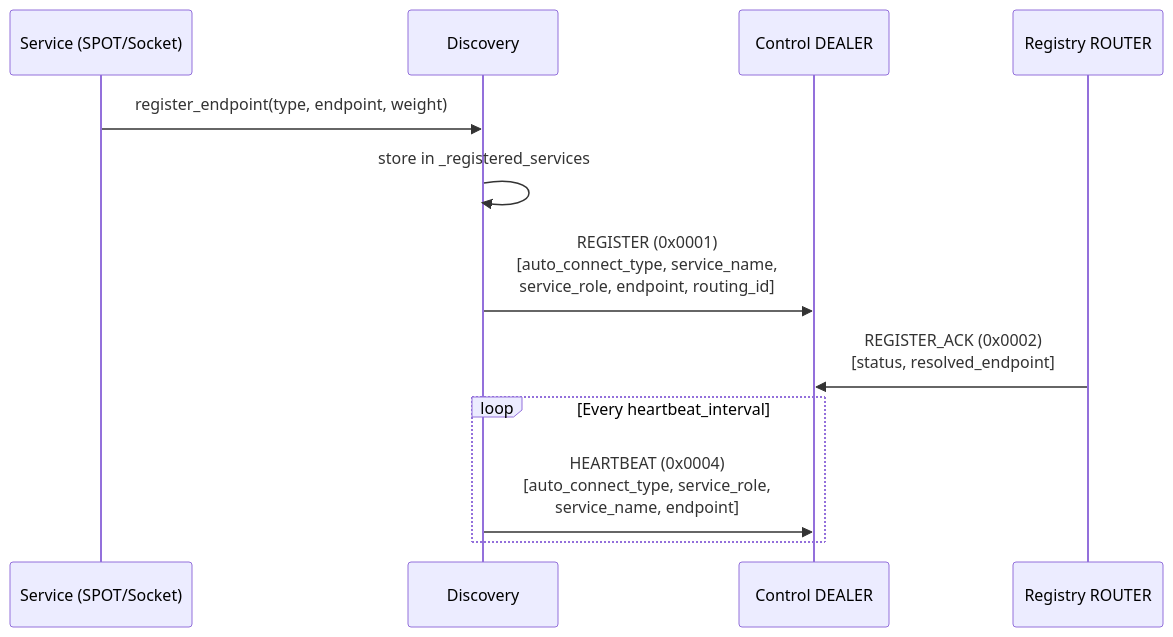
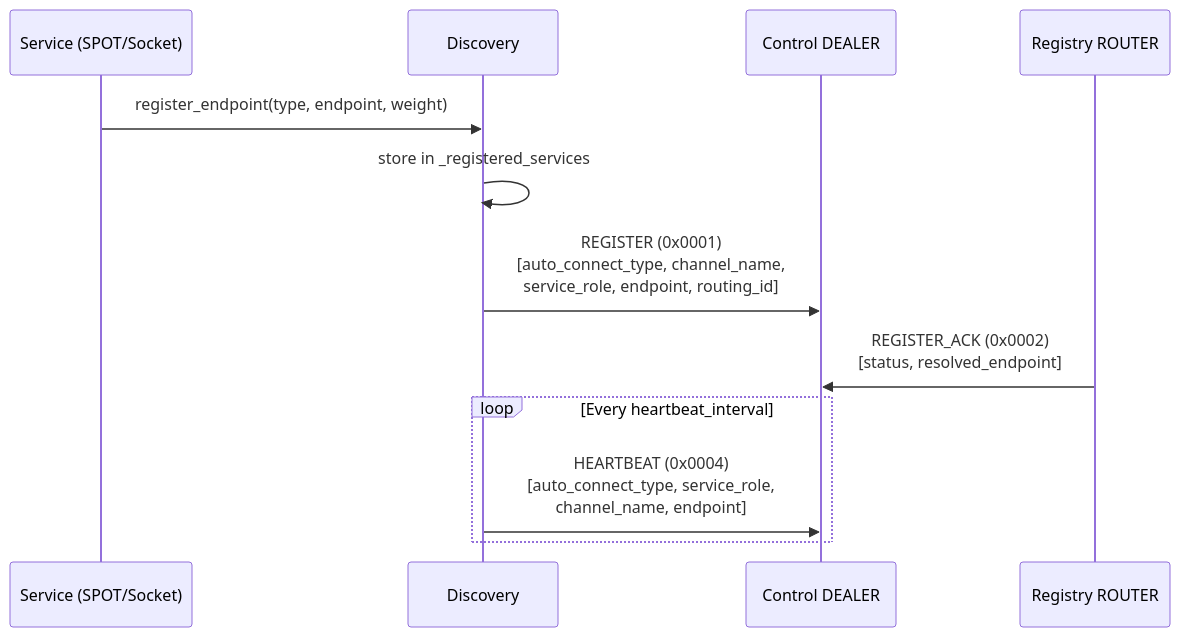
One commit to kairos-code-dev/zlink changed the fourth of 11 diagrams in doc/internals/discovery-internals.md. Above: the diagram before and after it, drawn with Mermaid. The commit also changed 128 other files, not shown here.

````diff
--- a/doc/internals/discovery-internals.md
+++ b/doc/internals/discovery-internals.md
@@ -102,16 +102,16 @@
 ```mermaid
 sequenceDiagram
     participant Service as Service (SPOT/Socket)
     participant Disc as Discovery
     participant DEALER as Control DEALER
     participant REG as Registry ROUTER
 
     Service->>Disc: register_endpoint(type, endpoint, weight)
     Disc->>Disc: store in _registered_services
-    Disc->>DEALER: REGISTER (0x0001)<br/>[auto_connect_type, service_name,<br/>service_role, endpoint, routing_id]
+    Disc->>DEALER: REGISTER (0x0001)<br/>[auto_connect_type, channel_name,<br/>service_role, endpoint, routing_id]
     REG->>DEALER: REGISTER_ACK (0x0002)<br/>[status, resolved_endpoint]
 
     loop Every heartbeat_interval
-        Disc->>DEALER: HEARTBEAT (0x0004)<br/>[auto_connect_type, service_role,<br/>service_name, endpoint]
+        Disc->>DEALER: HEARTBEAT (0x0004)<br/>[auto_connect_type, service_role,<br/>channel_name, endpoint]
     end
 ```
````
